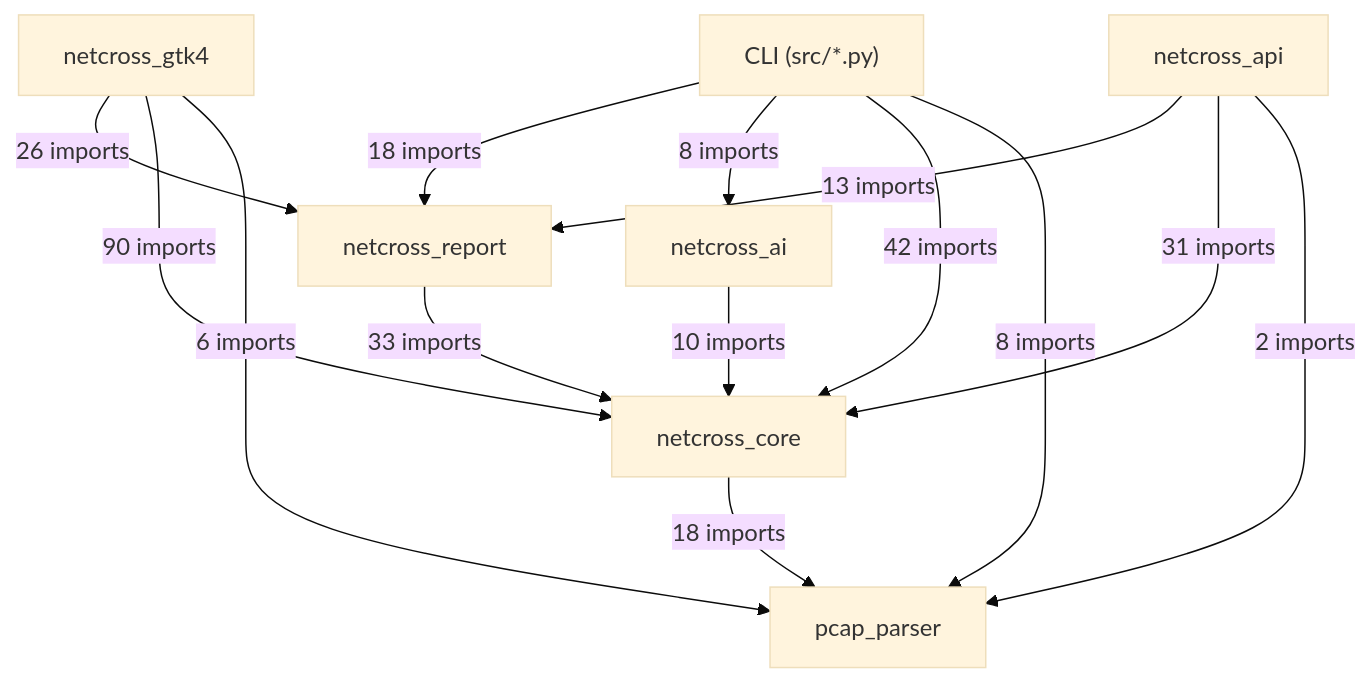
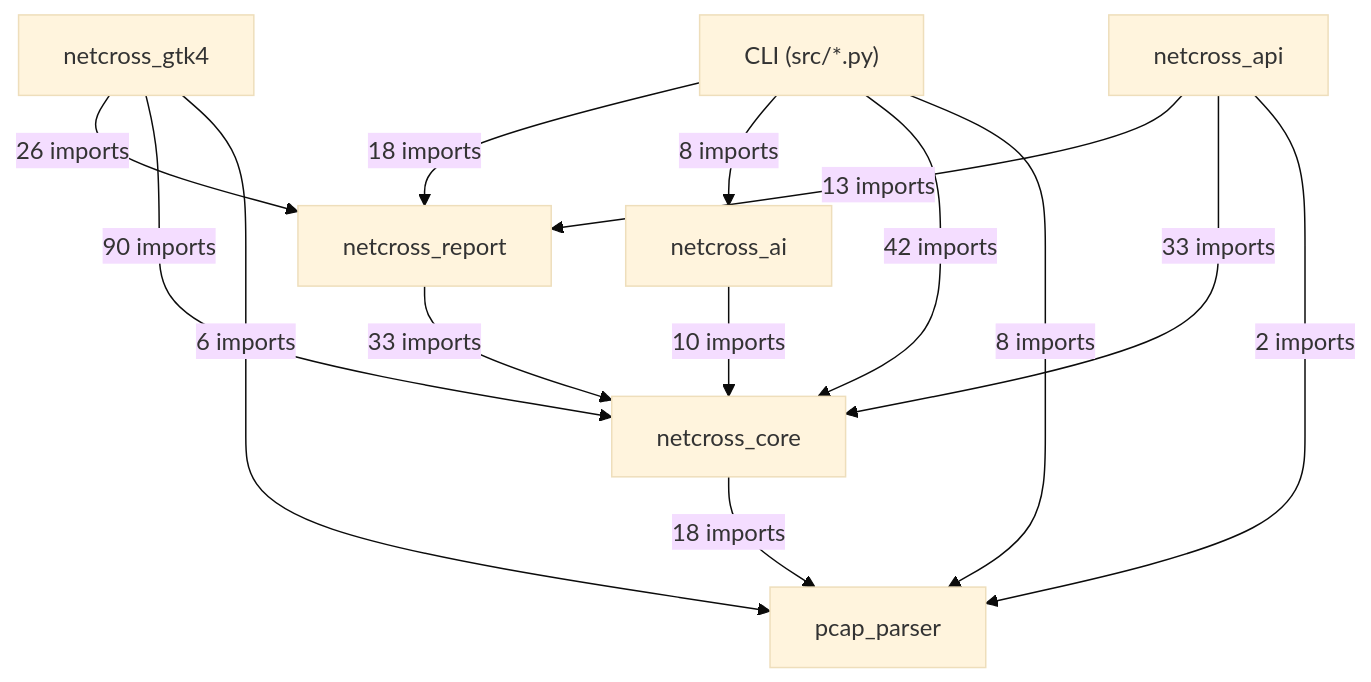
One commit to Mathide-Team/Netcross changed the first of 19 diagrams in docs/class-diagram.md. Above: the diagram before and after it, drawn with Mermaid (base theme). The commit also changed other lines of this file and 8 other files, not shown here.

````diff
--- a/docs/class-diagram.md
+++ b/docs/class-diagram.md
@@ -26,23 +26,23 @@
 ```mermaid
 flowchart TD
     CLI["CLI (src/*.py)"]
     netcross_gtk4["netcross_gtk4"]
     netcross_api["netcross_api"]
     netcross_report["netcross_report"]
     netcross_ai["netcross_ai"]
     netcross_core["netcross_core"]
     pcap_parser["pcap_parser"]
     CLI -->|"18 imports"| netcross_report
     CLI -->|"8 imports"| netcross_ai
     CLI -->|"42 imports"| netcross_core
     CLI -->|"8 imports"| pcap_parser
     netcross_gtk4 -->|"26 imports"| netcross_report
     netcross_gtk4 -->|"90 imports"| netcross_core
     netcross_gtk4 -->|"6 imports"| pcap_parser
     netcross_api -->|"13 imports"| netcross_report
-    netcross_api -->|"31 imports"| netcross_core
+    netcross_api -->|"33 imports"| netcross_core
     netcross_api -->|"2 imports"| pcap_parser
     netcross_report -->|"33 imports"| netcross_core
     netcross_ai -->|"10 imports"| netcross_core
     netcross_core -->|"18 imports"| pcap_parser
 ```
````
